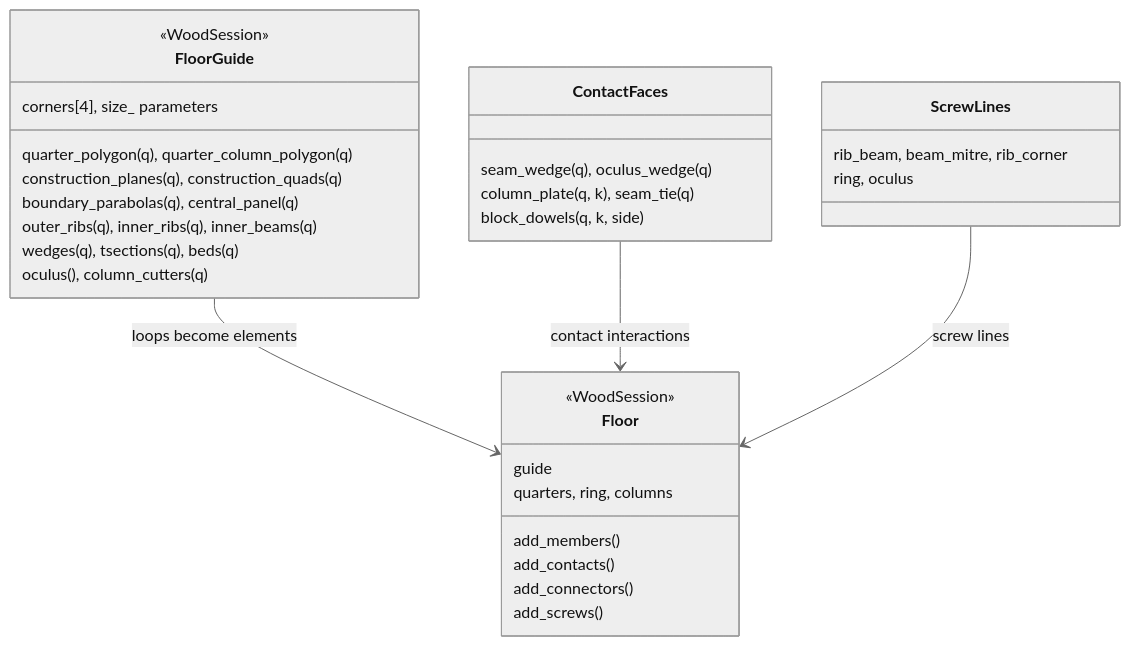
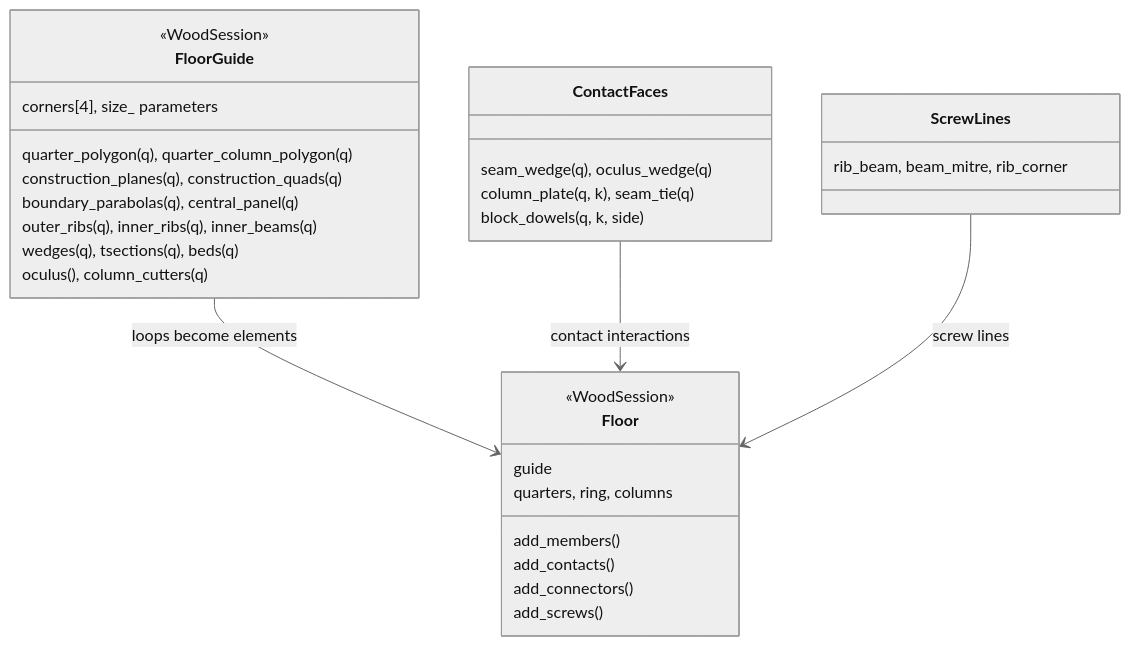
Before and after one commit to petrasvestartas/wood: the diagram in docs/templates/floor.md, drawn with Mermaid (neutral theme). The commit also changed 5 other files, not shown here.

````diff
--- a/docs/templates/floor.md
+++ b/docs/templates/floor.md
@@ -38,35 +38,34 @@
 ```mermaid
 classDiagram
     direction TB
     class FloorGuide {
         <<WoodSession>>
         corners[4], size_ parameters
         quarter_polygon(q), quarter_column_polygon(q)
         construction_planes(q), construction_quads(q)
         boundary_parabolas(q), central_panel(q)
         outer_ribs(q), inner_ribs(q), inner_beams(q)
         wedges(q), tsections(q), beds(q)
         oculus(), column_cutters(q)
     }
     class Floor {
         <<WoodSession>>
         guide
         quarters, ring, columns
         add_members()
         add_contacts()
         add_connectors()
         add_screws()
     }
     class ContactFaces {
         seam_wedge(q), oculus_wedge(q)
         column_plate(q, k), seam_tie(q)
         block_dowels(q, k, side)
     }
     class ScrewLines {
         rib_beam, beam_mitre, rib_corner
-        ring, oculus
     }
     FloorGuide --> Floor : loops become elements
     ContactFaces --> Floor : contact interactions
     ScrewLines --> Floor : screw lines
 ```
````
